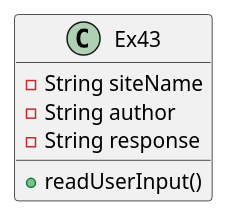
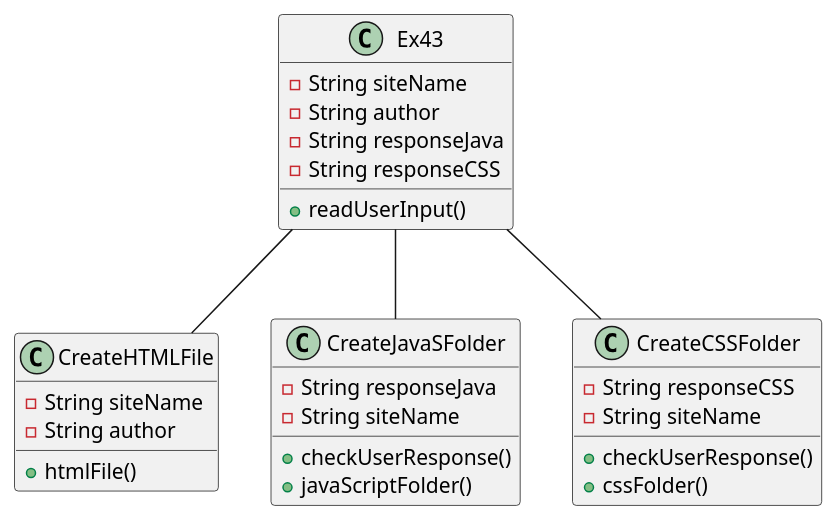
One commit to Kmullens1/mullens-cop3330-assignment3 changed the diagram in src/main/java/oop/example/Ex43/Ex43_UML.puml. Above: the diagram before and after it, drawn with PlantUML. The commit also changed 6 other files, not shown here.

```diff
--- a/src/main/java/oop/example/Ex43/Ex43_UML.puml
+++ b/src/main/java/oop/example/Ex43/Ex43_UML.puml
@@ -1,15 +1,43 @@
 @startuml
 'https://plantuml.com/sequence-diagram
 
 class Ex43{
     - String siteName
     - String author
-    - String response
+    - String responseJava
+    - String responseCSS
 
     + readUserInput()
 }
 
 
+class CreateHTMLFile{
+    - String siteName
+    - String author
+
+    + htmlFile()
+}
+
+class CreateJavaSFolder{
+    - String responseJava
+    - String siteName
+
+    + checkUserResponse()
+    + javaScriptFolder()
+}
+
+class CreateCSSFolder{
+    - String responseCSS
+    - String siteName
+
+    + checkUserResponse()
+    + cssFolder()
+}
+
+
+Ex43 -- CreateJavaSFolder
+Ex43 -- CreateCSSFolder
+Ex43 -- CreateHTMLFile
 
 
 @enduml
```
